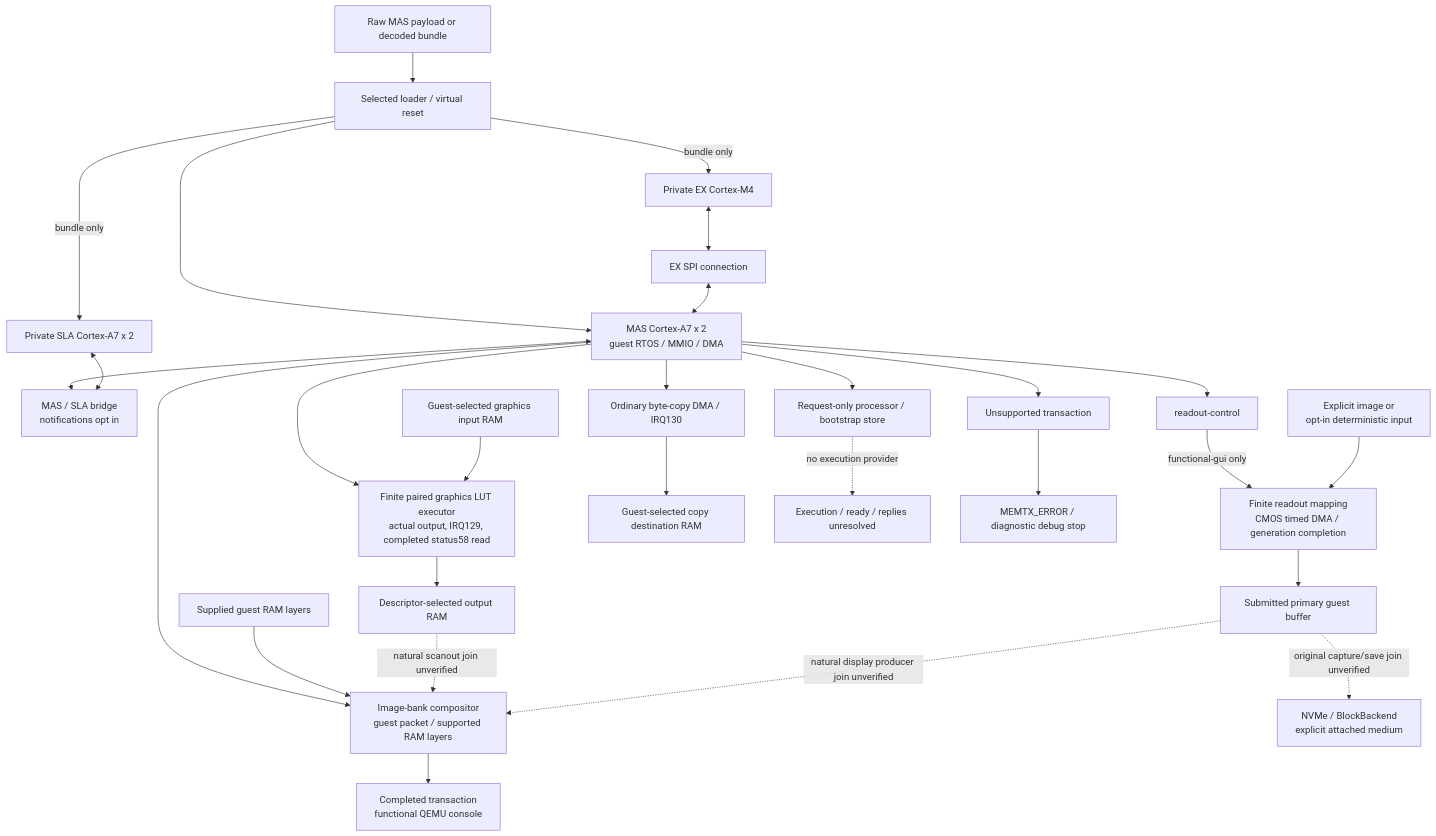
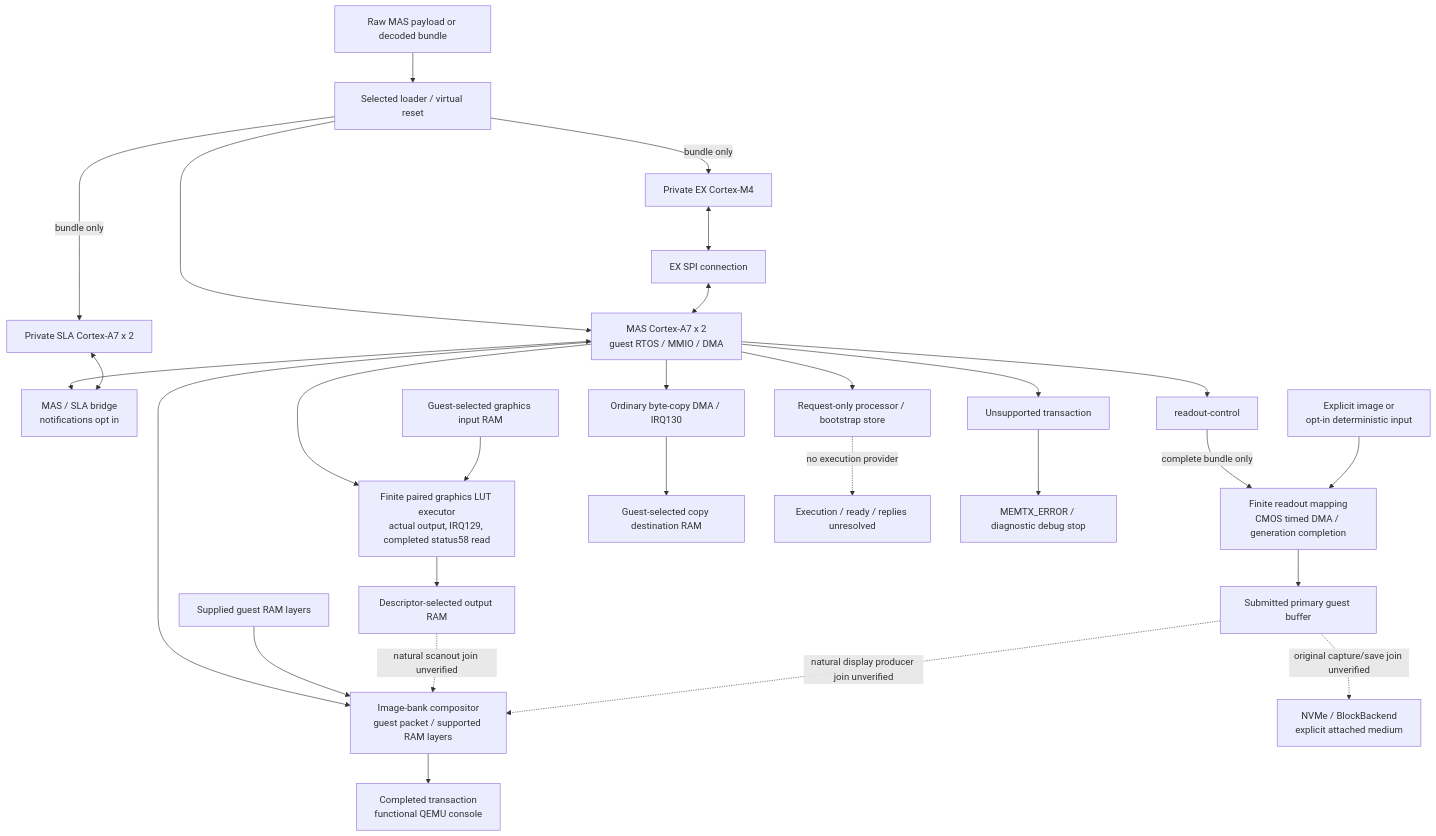
Before and after one commit to nightglasses/z7ii-qemu: the diagram in README.md, drawn with Mermaid. The commit also changed other lines of this file and 17 other files, not shown here.

````diff
--- a/README.md
+++ b/README.md
@@ -86,31 +78,31 @@
 ```mermaid
 flowchart TD
   Input["Raw MAS payload or decoded bundle"] --> Loader["Selected loader / virtual reset"]
   Loader --> MAS["MAS Cortex-A7 x 2<br/>guest RTOS / MMIO / DMA"]
   Loader -->|"bundle only"| SLA["Private SLA Cortex-A7 x 2"]
   Loader -->|"bundle only"| EX["Private EX Cortex-M4"]
   MAS <--> Bridge["MAS / SLA bridge<br/>notifications opt in"]
   SLA <--> Bridge
   EX <--> SPI["EX SPI connection"]
   SPI <--> MAS
 
   MAS --> Readout["readout-control"]
-  Readout -->|"functional-gui only"| CMOS["Finite readout mapping<br/>CMOS timed DMA / generation completion"]
+  Readout -->|"complete bundle only"| CMOS["Finite readout mapping<br/>CMOS timed DMA / generation completion"]
   Source["Explicit image or<br/>opt-in deterministic input"] --> CMOS
   CMOS --> RAM["Submitted primary guest buffer"]
   MAS --> Graphics["Finite paired graphics LUT executor<br/>actual output, IRQ129, completed status58 read"]
   GraphicsRAM["Guest-selected graphics input RAM"] --> Graphics
   Graphics --> Output["Descriptor-selected output RAM"]
   MAS --> Copy["Ordinary byte-copy DMA / IRQ130"]
   Copy --> CopyRAM["Guest-selected copy destination RAM"]
   MAS --> Banks["Image-bank compositor<br/>guest packet / supported RAM layers"]
   DisplayRAM["Supplied guest RAM layers"] --> Banks
   Output -. "natural scanout join unverified" .-> Banks
   RAM -. "natural display producer join unverified" .-> Banks
   Banks --> Console["Completed transaction<br/>functional QEMU console"]
   RAM -. "original capture/save join unverified" .-> Storage["NVMe / BlockBackend<br/>explicit attached medium"]
   MAS --> Processor["Request-only processor / bootstrap store"]
   Processor -. "no execution provider" .-> Pending["Execution / ready / replies unresolved"]
   MAS --> Unknown["Unsupported transaction"]
   Unknown --> Stop["MEMTX_ERROR / diagnostic debug stop"]
 ```
````
